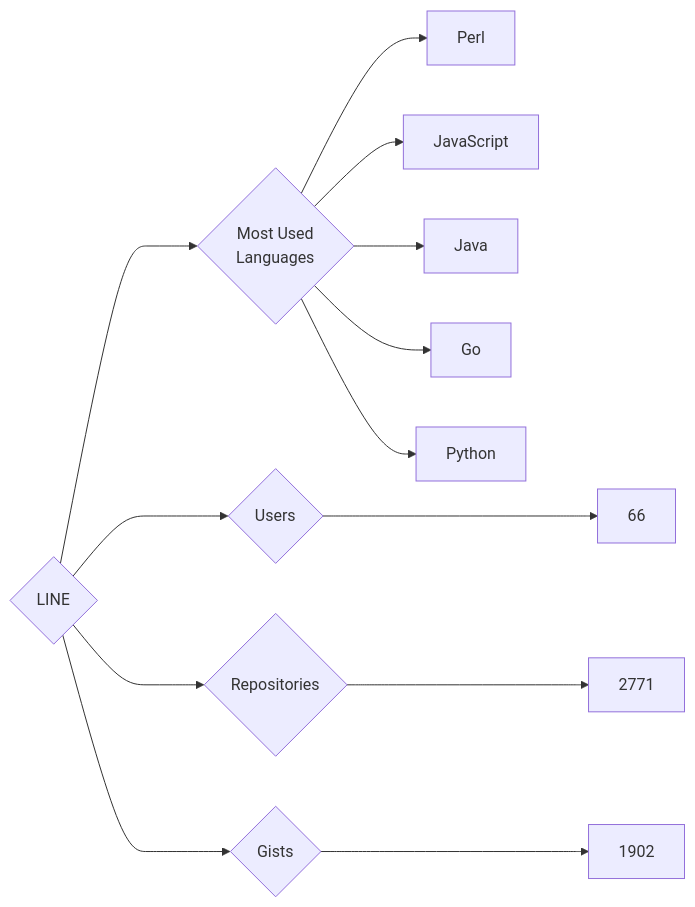
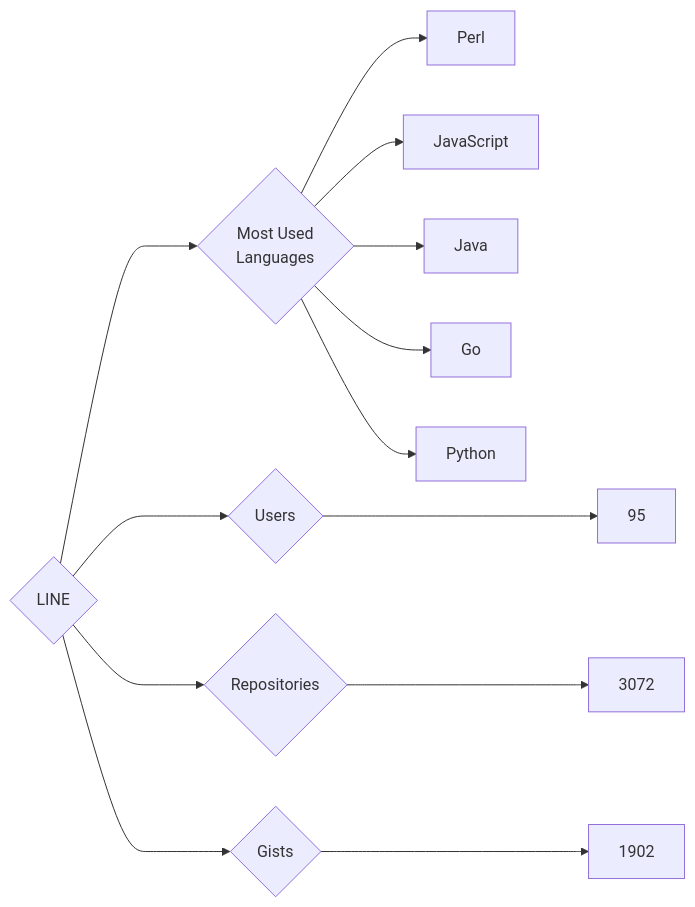
The diagram in targets/LINE/README.md (trickest/insiders), drawn with Mermaid before and after one commit. The commit also changed 847 other files, not shown here.

````diff
--- a/targets/LINE/README.md
+++ b/targets/LINE/README.md
@@ -3,13 +3,13 @@
 ```mermaid
 graph LR
 COMPANY_NAME{LINE}
-COMPANY_NAME ---> U{Users} ---> UN[66]
-COMPANY_NAME ---> R{Repositories} ---> RN[2771]
+COMPANY_NAME ---> U{Users} ---> UN[95]
+COMPANY_NAME ---> R{Repositories} ---> RN[3072]
 COMPANY_NAME ---> G{Gists} ---> GN[1902]
 COMPANY_NAME ---> ML{Most Used<br>Languages}
 ML --> Perl[Perl]
 ML --> JavaScript[JavaScript]
 ML --> Java[Java]
 ML --> Go[Go]
 ML --> Python[Python]
 ```
````
